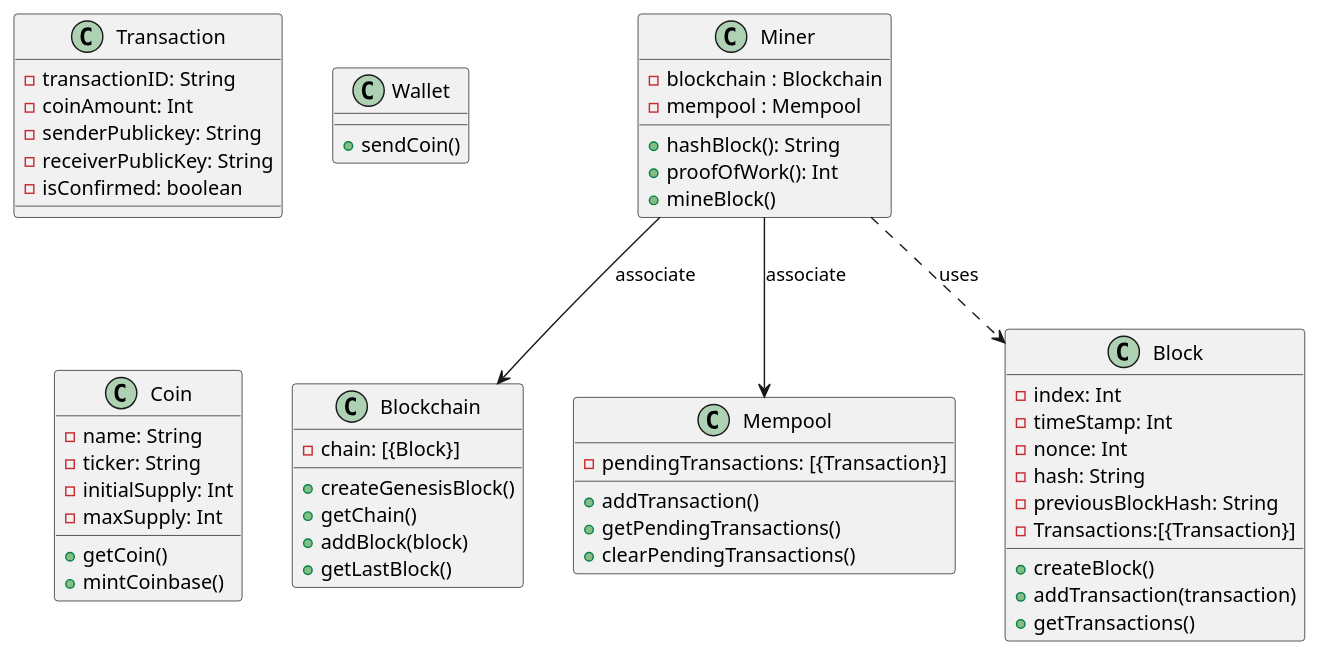
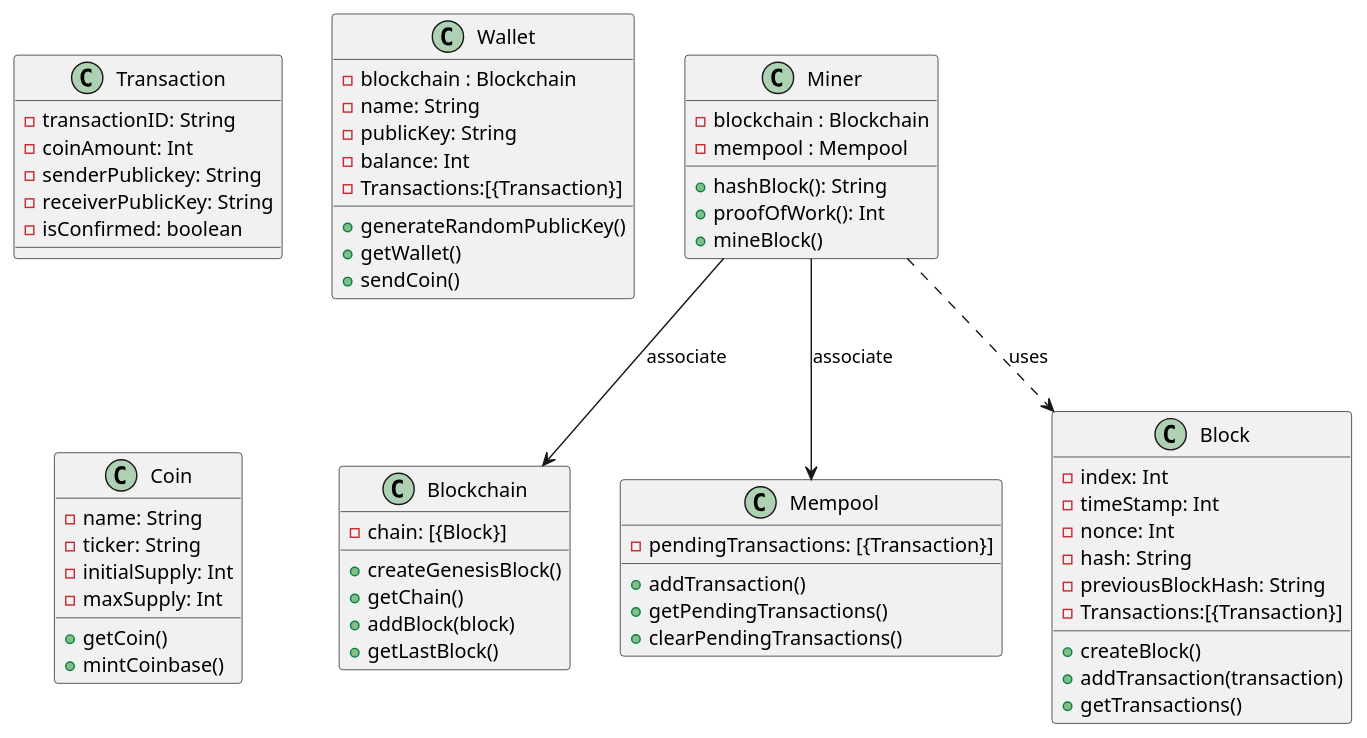
The diagram in prototipov1.plantuml (valleria-web/prototype), drawn with PlantUML before and after one commit. The commit also changed 5 other files, not shown here.

```diff
--- a/prototipov1.plantuml
+++ b/prototipov1.plantuml
@@ -1,65 +1,71 @@
 @startuml prototipov1
 
 class Blockchain{
     - chain: [{Block}]
     + createGenesisBlock()
     + getChain()
     + addBlock(block)
     + getLastBlock()
 }
 
 class Miner {
     - blockchain : Blockchain
     - mempool : Mempool
     + hashBlock(): String
     + proofOfWork(): Int
     + mineBlock()
 }
 
 class Mempool{
     - pendingTransactions: [{Transaction}]
     + addTransaction()
     + getPendingTransactions()
     + clearPendingTransactions()
 
 }
 
 class Block{
     - index: Int 
     - timeStamp: Int 
     - nonce: Int
     - hash: String 
     - previousBlockHash: String
     - Transactions:[{Transaction}]
     + createBlock()
     + addTransaction(transaction)
     + getTransactions()
 }
 
 class Transaction{
     - transactionID: String 
     - coinAmount: Int 
     - senderPublickey: String
     - receiverPublicKey: String
     - isConfirmed: boolean
 }
 
-
 class Wallet{
+    - blockchain : Blockchain
+    - name: String
+    - publicKey: String
+    - balance: Int
+    - Transactions:[{Transaction}]
+    + generateRandomPublicKey()
+    + getWallet()
     + sendCoin()
 }
 
 class Coin{
     - name: String
     - ticker: String 
     - initialSupply: Int
     - maxSupply: Int
     + getCoin()
     + mintCoinbase()
 }
 
 Miner ..> Block : uses
 Miner --> Blockchain : associate
 Miner --> Mempool : associate
 
 @enduml
```
